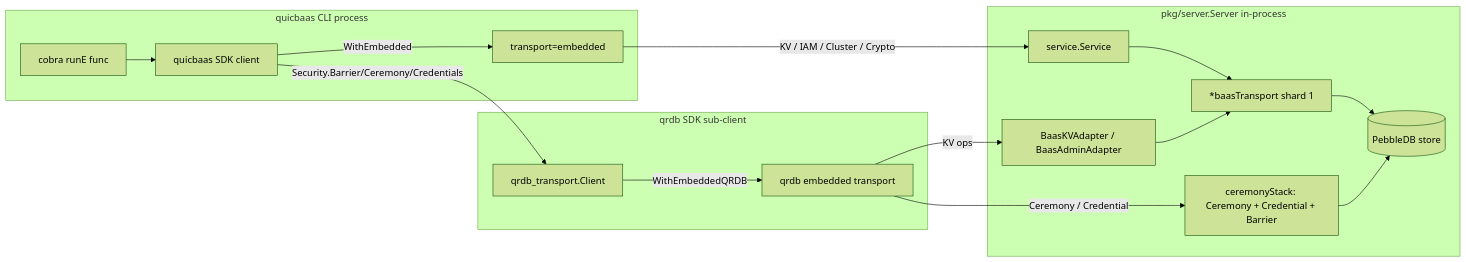
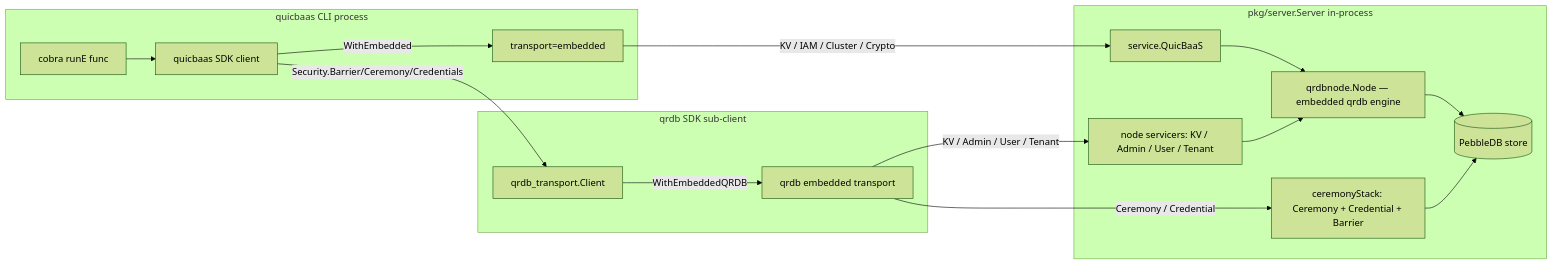
The diagram in docs/architecture/embedded-mode.md (jeremyhahn/go-quicbaas), drawn with Mermaid (forest theme) before and after one commit. The commit also changed other lines of this file and 1016 other files, not shown here.

````diff
--- a/docs/architecture/embedded-mode.md
+++ b/docs/architecture/embedded-mode.md
@@ -191,34 +210,34 @@
 ```mermaid
 flowchart LR
     subgraph CLI [quicbaas CLI process]
         Cobra[cobra runE func]
         SDK[quicbaas SDK client]
         Embedded[transport=embedded]
     end
 
     subgraph SDKQRDB [qrdb SDK sub-client]
         QRDBClient[qrdb_transport.Client]
         QRDBEmbedded[qrdb embedded transport]
     end
 
     subgraph Server [pkg/server.Server in-process]
-        Service[service.Service]
-        BaasT[*baasTransport shard 1]
-        Adapter[BaasKVAdapter / BaasAdminAdapter]
+        Service[service.QuicBaaS]
+        Node[qrdbnode.Node — embedded qrdb engine]
+        Servicers[node servicers: KV / Admin / User / Tenant]
         Ceremony[ceremonyStack: Ceremony + Credential + Barrier]
         Pebble[(PebbleDB store)]
     end
 
     Cobra --> SDK
     SDK -->|WithEmbedded| Embedded
     Embedded -->|KV / IAM / Cluster / Crypto| Service
-    Service --> BaasT
+    Service --> Node
 
     SDK -->|Security.Barrier/Ceremony/Credentials| QRDBClient
     QRDBClient -->|WithEmbeddedQRDB| QRDBEmbedded
-    QRDBEmbedded -->|KV ops| Adapter
-    Adapter --> BaasT
+    QRDBEmbedded -->|KV / Admin / User / Tenant| Servicers
+    Servicers --> Node
     QRDBEmbedded -->|Ceremony / Credential| Ceremony
-    BaasT --> Pebble
+    Node --> Pebble
     Ceremony --> Pebble
 ```
````
